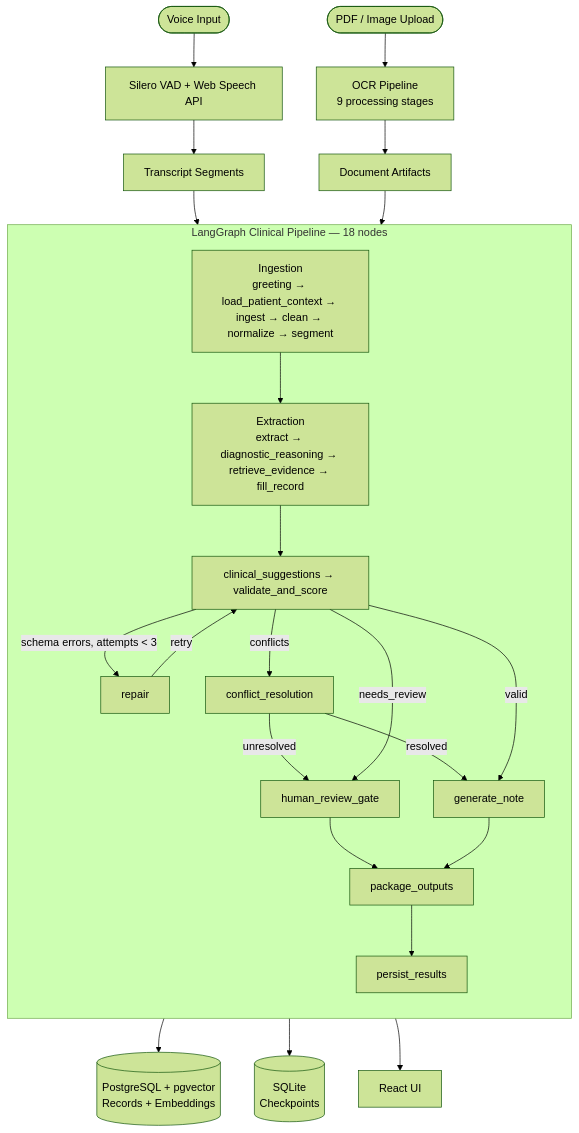
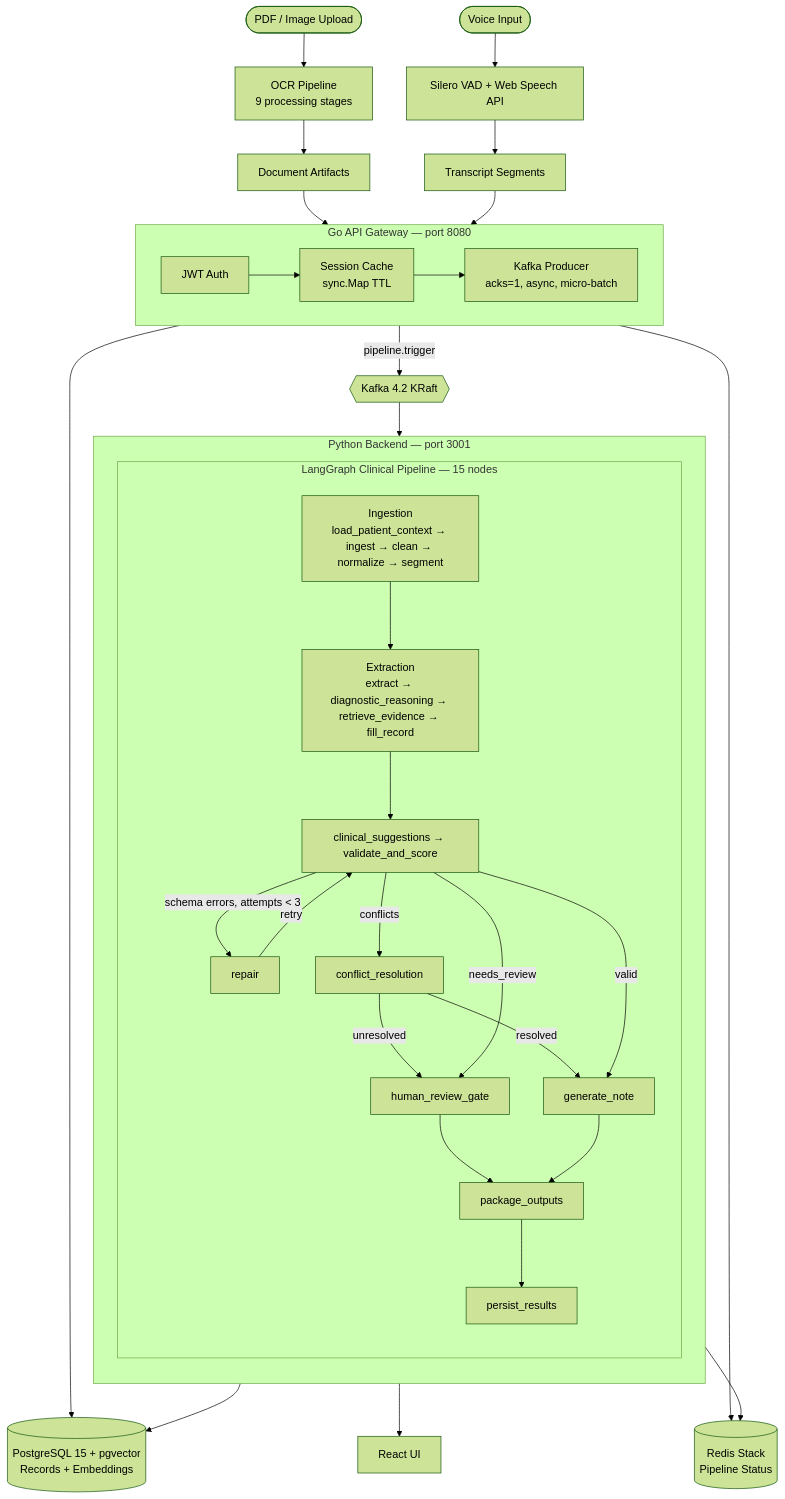
The diagram in README.md (GuchaIll/MedScribe), drawn with Mermaid (forest theme) before and after one commit. The commit also changed other lines of this file and 5 other files, not shown here.

First line of the commit message:
Add monitoring stack with Prometheus and Grafana; update docker-compose for Kafka and Redis integration

````diff
--- a/README.md
+++ b/README.md
@@ -38,31 +39,45 @@
 ```mermaid
 flowchart TD
     A([Voice Input]) --> B[Silero VAD + Web Speech API]
     B --> C[Transcript Segments]
     D([PDF / Image Upload]) --> E[OCR Pipeline\n9 processing stages]
     E --> F[Document Artifacts]
 
-    C --> G
-    F --> G
+    C --> GW
+    F --> GW
 
-    subgraph G [LangGraph Clinical Pipeline — 18 nodes]
-        direction TB
-        G1[Ingestion\ngreeting → load_patient_context → ingest → clean → normalize → segment] -->
-        G2[Extraction\nextract → diagnostic_reasoning → retrieve_evidence → fill_record] -->
-        G3[clinical_suggestions → validate_and_score]
-        G3 -->|schema errors, attempts < 3| G3R[repair]
-        G3R -->|retry| G3
-        G3 -->|conflicts| G3C[conflict_resolution]
-        G3C -->|unresolved| G3V[human_review_gate]
-        G3C -->|resolved| G4
-        G3 -->|needs_review| G3V
-        G3 -->|valid| G4[generate_note]
-        G3V --> G4B[package_outputs]
-        G4 --> G4B
-        G4B --> G5[persist_results]
+    subgraph GW [Go API Gateway — port 8080]
+        direction LR
+        GW1[JWT Auth] --> GW2[Session Cache\nsync.Map TTL]
+        GW2 --> GW3[Kafka Producer\nacks=1, async, micro-batch]
     end
 
-    G5 --> H[(PostgreSQL + pgvector\nRecords + Embeddings)]
-    G5 --> I2[(SQLite\nCheckpoints)]
-    G5 --> I[React UI]
+    GW3 -->|pipeline.trigger| K{{Kafka 4.2 KRaft}}
+    K --> PY
+
+    subgraph PY [Python Backend — port 3001]
+        direction TB
+        subgraph LG [LangGraph Clinical Pipeline — 15 nodes]
+            direction TB
+            G1[Ingestion\nload_patient_context → ingest → clean → normalize → segment] -->
+            G2[Extraction\nextract → diagnostic_reasoning → retrieve_evidence → fill_record] -->
+            G3[clinical_suggestions → validate_and_score]
+            G3 -->|schema errors, attempts < 3| G3R[repair]
+            G3R -->|retry| G3
+            G3 -->|conflicts| G3C[conflict_resolution]
+            G3C -->|unresolved| G3V[human_review_gate]
+            G3C -->|resolved| G4
+            G3 -->|needs_review| G3V
+            G3 -->|valid| G4[generate_note]
+            G3V --> G4B[package_outputs]
+            G4 --> G4B
+            G4B --> G5[persist_results]
+        end
+    end
+
+    GW2 --> PG
+    G5 --> PG[(PostgreSQL 15 + pgvector\nRecords + Embeddings)]
+    GW3 --> RD[(Redis Stack\nPipeline Status)]
+    G5 --> RD
+    G5 --> UI[React UI]
 ```
````
